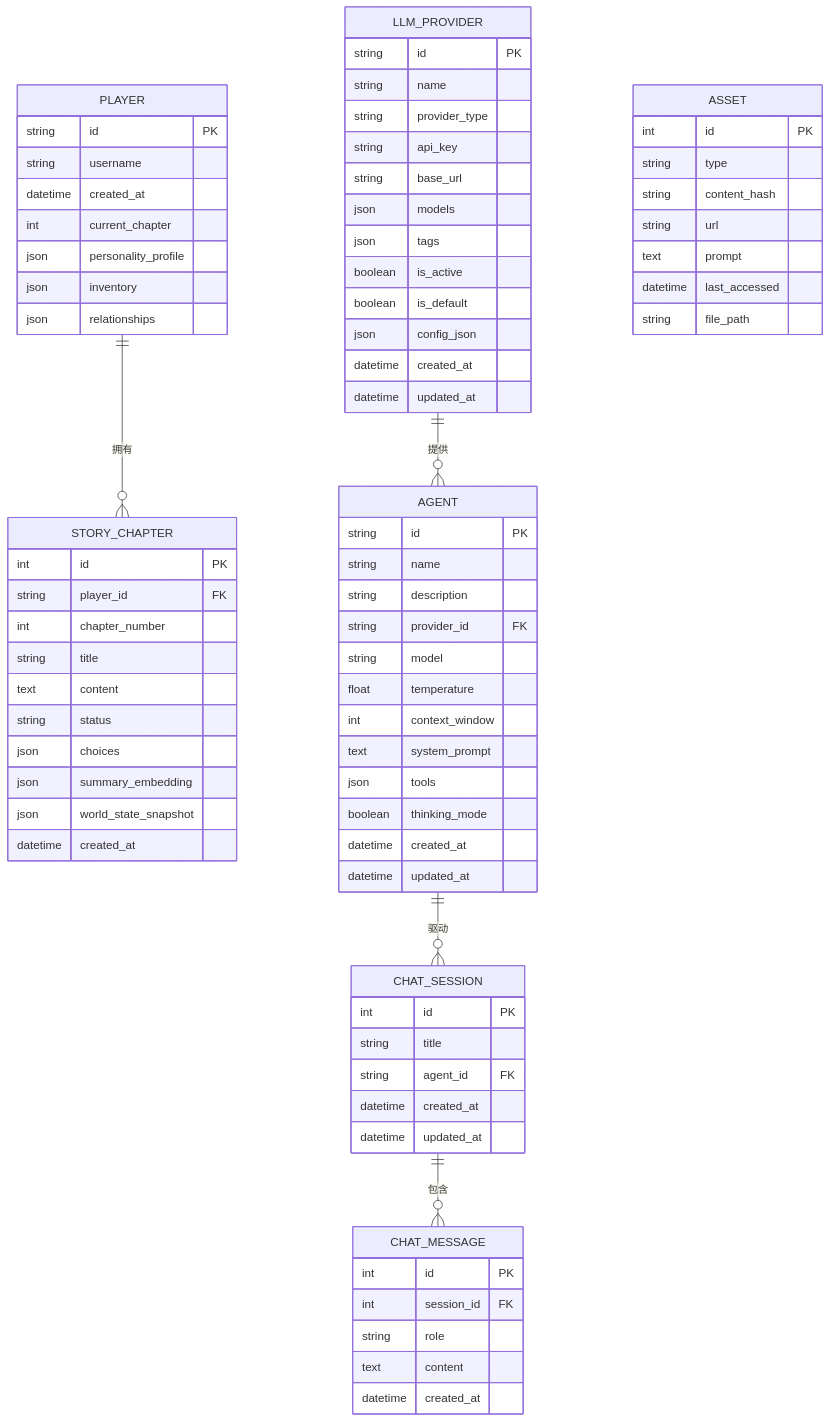
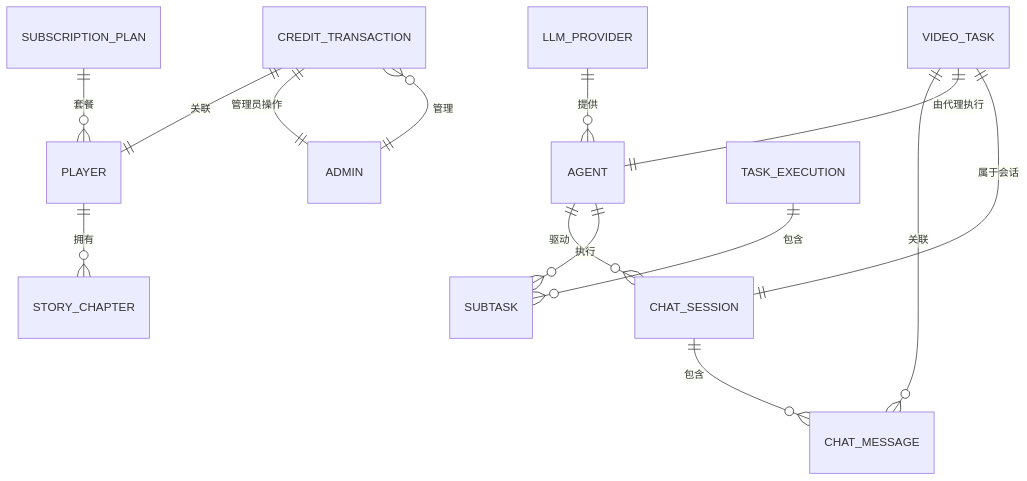
One commit to KunLabAI/KunFlix changed the ninth of 11 diagrams in .qoder/repowiki/zh/content/后台管理系统/后台管理系统.md. Above: the diagram before and after it, drawn with Mermaid. The commit also changed other lines of this file and 25 other files, not shown here.

````diff
--- a/.qoder/repowiki/zh/content/后台管理系统/后台管理系统.md
+++ b/.qoder/repowiki/zh/content/后台管理系统/后台管理系统.md
@@ -316,79 +609,16 @@
 ```mermaid
 erDiagram
 PLAYER ||--o{ STORY_CHAPTER : "拥有"
 LLM_PROVIDER ||--o{ AGENT : "提供"
 AGENT ||--o{ CHAT_SESSION : "驱动"
 CHAT_SESSION ||--o{ CHAT_MESSAGE : "包含"
-ASSET {
-int id PK
-string type
-string content_hash
-string url
-text prompt
-datetime last_accessed
-string file_path
-}
-PLAYER {
-string id PK
-string username
-datetime created_at
-int current_chapter
-json personality_profile
-json inventory
-json relationships
-}
-STORY_CHAPTER {
-int id PK
-string player_id FK
-int chapter_number
-string title
-text content
-string status
-json choices
-json summary_embedding
-json world_state_snapshot
-datetime created_at
-}
-LLM_PROVIDER {
-string id PK
-string name
-string provider_type
-string api_key
-string base_url
-json models
-json tags
-boolean is_active
-boolean is_default
-json config_json
-datetime created_at
-datetime updated_at
-}
-AGENT {
-string id PK
-string name
-string description
-string provider_id FK
-string model
-float temperature
-int context_window
-text system_prompt
-json tools
-boolean thinking_mode
-datetime created_at
-datetime updated_at
-}
-CHAT_SESSION {
-int id PK
-string title
-string agent_id FK
-datetime created_at
-datetime updated_at
-}
-CHAT_MESSAGE {
-int id PK
-int session_id FK
-string role
-text content
-datetime created_at
-}
+CREDIT_TRANSACTION ||--|| PLAYER : "关联"
+CREDIT_TRANSACTION ||--|| ADMIN : "管理员操作"
+SUBSCRIPTION_PLAN ||--o{ PLAYER : "套餐"
+TASK_EXECUTION ||--o{ SUBTASK : "包含"
+AGENT ||--o{ SUBTASK : "执行"
+ADMIN ||--o{ CREDIT_TRANSACTION : "管理"
+VIDEO_TASK ||--o{ CHAT_MESSAGE : "关联"
+VIDEO_TASK ||--|| AGENT : "由代理执行"
+VIDEO_TASK ||--|| CHAT_SESSION : "属于会话"
 ```
````
